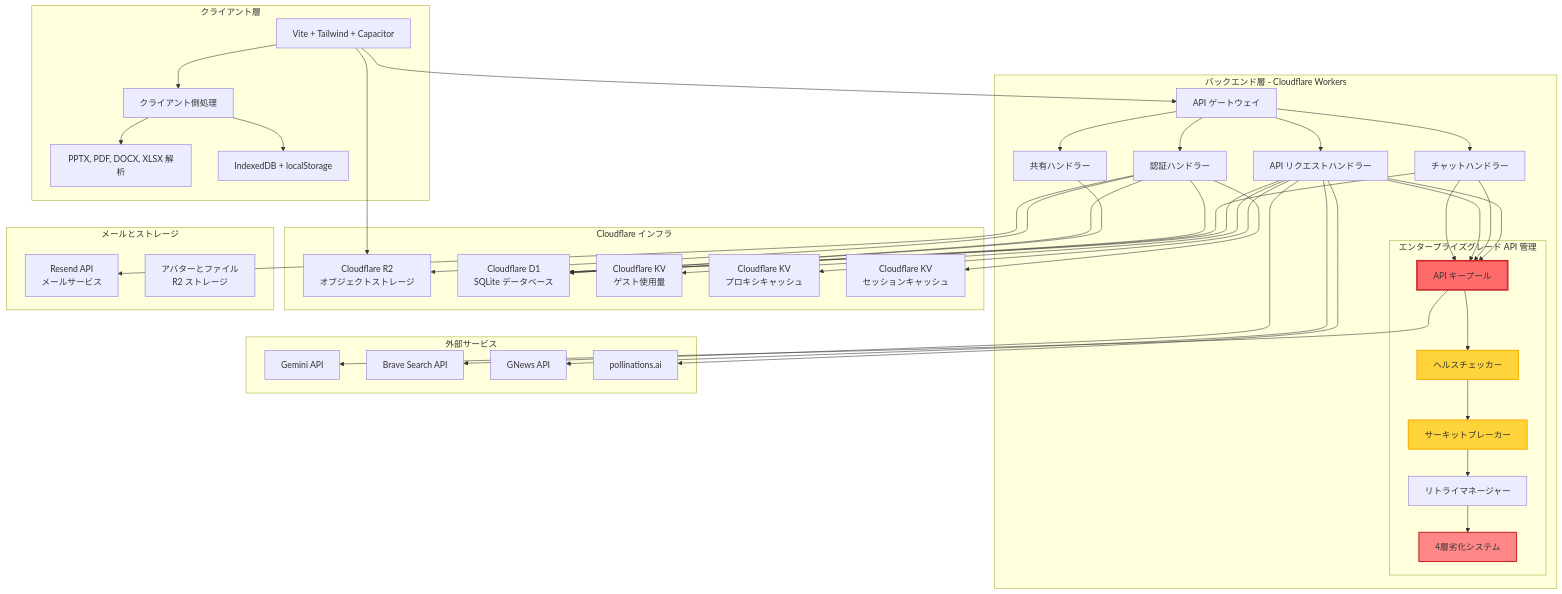
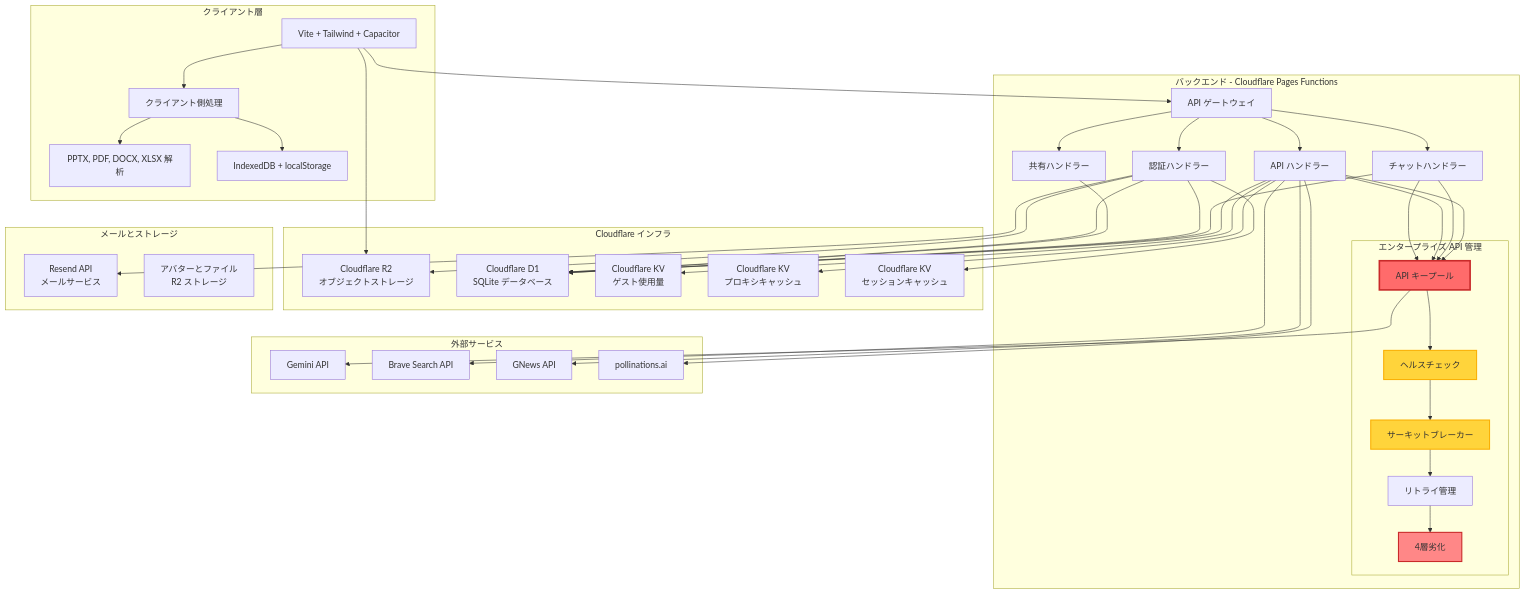
Before and after one commit to PandaSI-Labs/littleaibox: the diagram in docs/README.ja.md, drawn with Mermaid. The commit also changed other lines of this file and 3 other files, not shown here.

```diff
--- a/docs/README.ja.md
+++ b/docs/README.ja.md
@@ -138,23 +138,23 @@
         H --> J
     end
     
-    subgraph "バックエンド層 - Cloudflare Workers"
+    subgraph "バックエンド - Cloudflare Pages Functions"
         B[API ゲートウェイ]
         B1[認証ハンドラー]
         B2[チャットハンドラー]
-        B3[API リクエストハンドラー]
+        B3[API ハンドラー]
         B4[共有ハンドラー]
         B --> B1
         B --> B2
         B --> B3
         B --> B4
         
-        subgraph "エンタープライズグレード API 管理"
+        subgraph "エンタープライズ API 管理"
             B5[API キープール]
-            B6[ヘルスチェッカー]
+            B6[ヘルスチェック]
             B7[サーキットブレーカー]
-            B8[リトライマネージャー]
-            B9[4層劣化システム]
+            B8[リトライ管理]
+            B9[4層劣化]
             B5 --> B6
             B6 --> B7
             B7 --> B8
```
